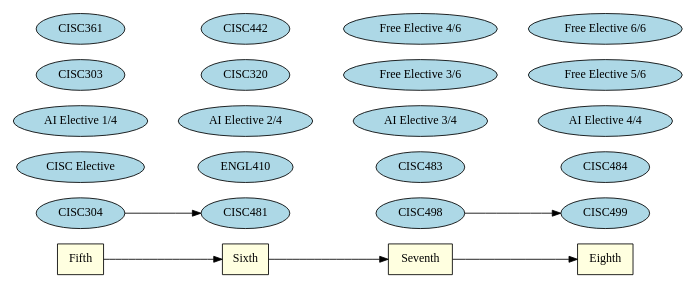
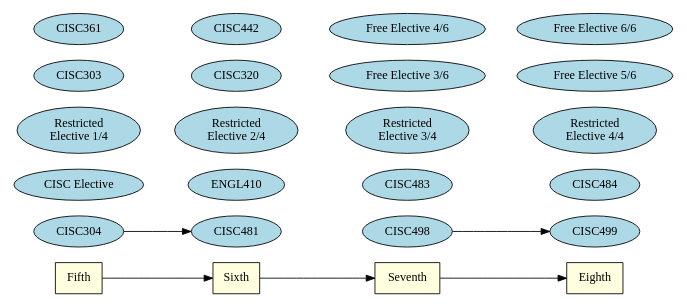
Before and after one commit to UD-CIS-Teaching/student-guidance: the diagram in graphs/cs_ai.dot, drawn with Graphviz. The commit also changed 7 other files, not shown here.

Commit message:
Add in more degree graphs, and setup alt core graph for data science

```diff
--- a/graphs/cs_ai.dot
+++ b/graphs/cs_ai.dot
@@ -1,20 +1,20 @@
 digraph world {
 
     node [ fillcolor="lightblue" style=filled ];
     size="7,7";
     rankdir="LR";
     
     "Fifth" -> "Sixth" -> "Seventh" -> "Eighth";
     "Fifth" [shape="box" fillcolor="lightyellow"];
     "Sixth" [shape="box" fillcolor="lightyellow"];
     "Seventh" [shape="box" fillcolor="lightyellow"];
     "Eighth" [shape="box" fillcolor="lightyellow"];
 
-    {rank=same; "Fifth";CISC304;"CISC Elective";"AI Elective 1/4";CISC303; CISC361;}
-    {rank=same; "Sixth";"ENGL410";"AI Elective 2/4";"CISC320";CISC442;"CISC481";}
-    {rank=same; "Seventh";CISC498;"CISC483";"AI Elective 3/4";"Free Elective 3/6";"Free Elective 4/6"}
-    {rank=same; "Eighth";CISC499;"CISC484";"AI Elective 4/4";"Free Elective 5/6";"Free Elective 6/6"}
+    {rank=same; "Fifth";CISC304;"CISC Elective";"Restricted\nElective 1/4";CISC303; CISC361;}
+    {rank=same; "Sixth";"ENGL410";"Restricted\nElective 2/4";"CISC320";CISC442;"CISC481";}
+    {rank=same; "Seventh";CISC498;"CISC483";"Restricted\nElective 3/4";"Free Elective 3/6";"Free Elective 4/6"}
+    {rank=same; "Eighth";CISC499;"CISC484";"Restricted\nElective 4/4";"Free Elective 5/6";"Free Elective 6/6"}
     
     CISC304 -> CISC481;
     CISC498 -> CISC499;
 }
```
